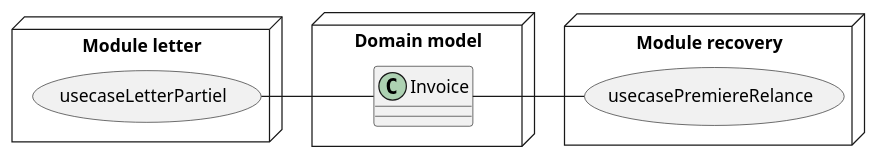
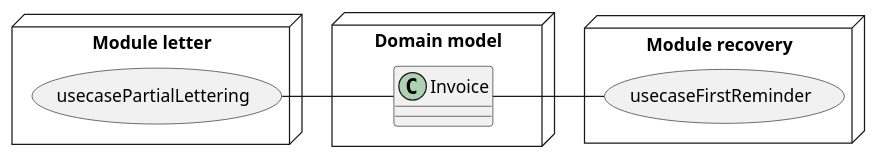
Before and after one commit to t4w4n3/articles-again: the first of 2 diagrams in java17.adoc, drawn with PlantUML. The commit also changed other lines of this file and 6 other files, not shown here.

```diff
--- a/java17.adoc
+++ b/java17.adoc
@@ -55,21 +57,21 @@
 [plantuml,Modèle du domain Invoice,png]
 ----
 @startuml
 allow_mixing
 
 node "Domain model" {
 	class Invoice
 }
 
 node "Module letter" {
-	usecase usecaseLetterPartiel
-	usecaseLetterPartiel - Invoice
+	usecase usecasePartialLettering
+	usecasePartialLettering - Invoice
 }
 
 node "Module recovery" {
-	usecase usecasePremiereRelance
-	usecasePremiereRelance - Invoice
+	usecase usecaseFirstReminder
+	usecaseFirstReminder - Invoice
 }
 
 @enduml
 ----
```
